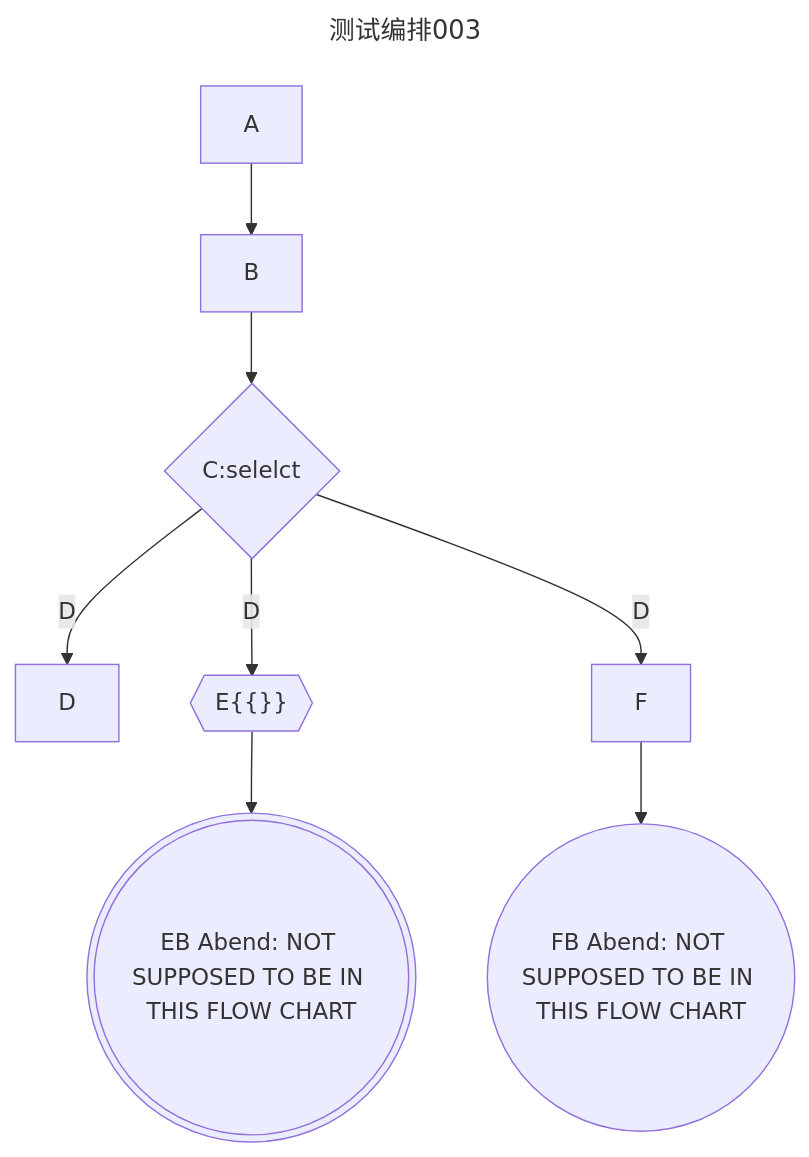
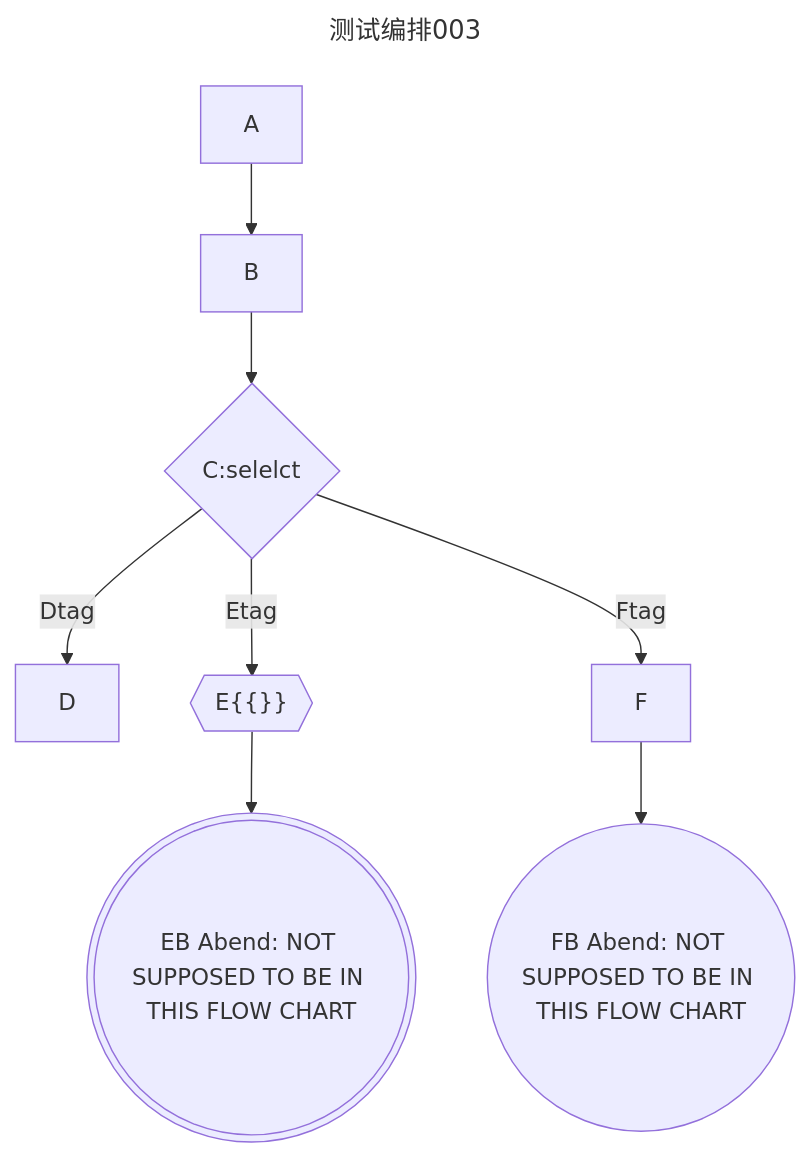
Before and after one commit to NeoGitCrt1/liteflow: the first of 2 diagrams in liteflow-testcase-el/liteflow-testcase-el-markdown-springboot/src/test/resources/CASE3.md, drawn with Mermaid. The commit also changed 3 other files, not shown here.

````diff
--- a/liteflow-testcase-el/liteflow-testcase-el-markdown-springboot/src/test/resources/CASE3.md
+++ b/liteflow-testcase-el/liteflow-testcase-el-markdown-springboot/src/test/resources/CASE3.md
@@ -1,12 +1,12 @@
 ```mermaid
 --- 
 title: 测试编排003
 ---
 flowchart TD;
 A --> B --> C{C:selelct}
-C --> |D| D
-C -->|D| E{{"E{{}}"}} --> EB(((EB Abend: NOT SUPPOSED TO BE IN THIS FLOW CHART))) 
-C -->|D| F --> FB((FB Abend: NOT SUPPOSED TO BE IN THIS FLOW CHART)) 
+C --> |Dtag| D
+C -->|Etag| E{{"E{{}}"}} --> EB(((EB Abend: NOT SUPPOSED TO BE IN THIS FLOW CHART))) 
+C -->|Ftag| F --> FB((FB Abend: NOT SUPPOSED TO BE IN THIS FLOW CHART)) 
 
 
 ```
````
